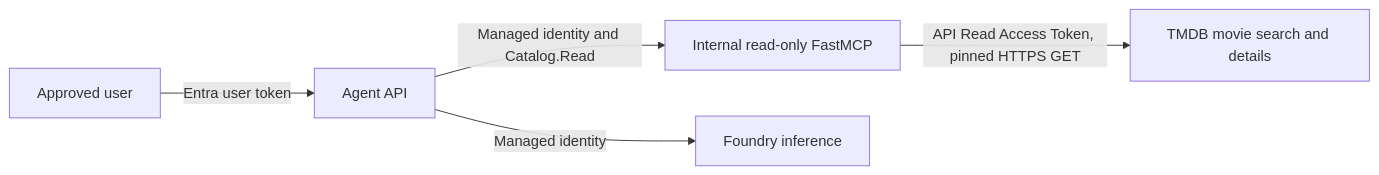
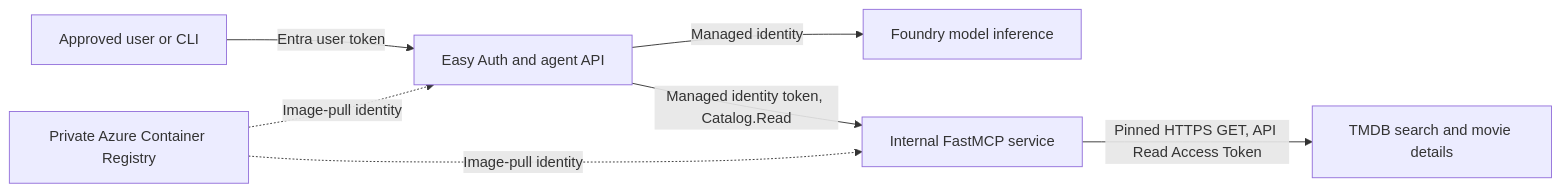
The diagram in docs/stage-2-architecture.md (gardlt/az-maf-agent), drawn with Mermaid before and after one commit. The commit also changed other lines of this file and 6 other files, not shown here.

Commit message:
Record hosted TMDB rollout and protect local token file

````diff
--- a/docs/stage-2-architecture.md
+++ b/docs/stage-2-architecture.md
@@ -5,7 +5,9 @@
 ```mermaid
 flowchart LR
-    User[Approved user] -->|Entra user token| Agent[Agent API]
-    Agent -->|Managed identity and Catalog.Read| MCP[Internal read-only FastMCP]
-    MCP -->|API Read Access Token, pinned HTTPS GET| TMDB[TMDB movie search and details]
-    Agent -->|Managed identity| Foundry[Foundry inference]
+    U[Approved user or CLI] -->|Entra user token| E[Easy Auth and agent API]
+    E -->|Managed identity| F[Foundry model inference]
+    E -->|Managed identity token, Catalog.Read| M[Internal FastMCP service]
+    M -->|Pinned HTTPS GET, API Read Access Token| T[TMDB search and movie details]
+    A[Private Azure Container Registry] -.->|Image-pull identity| E
+    A -.->|Image-pull identity| M
 ```
````
